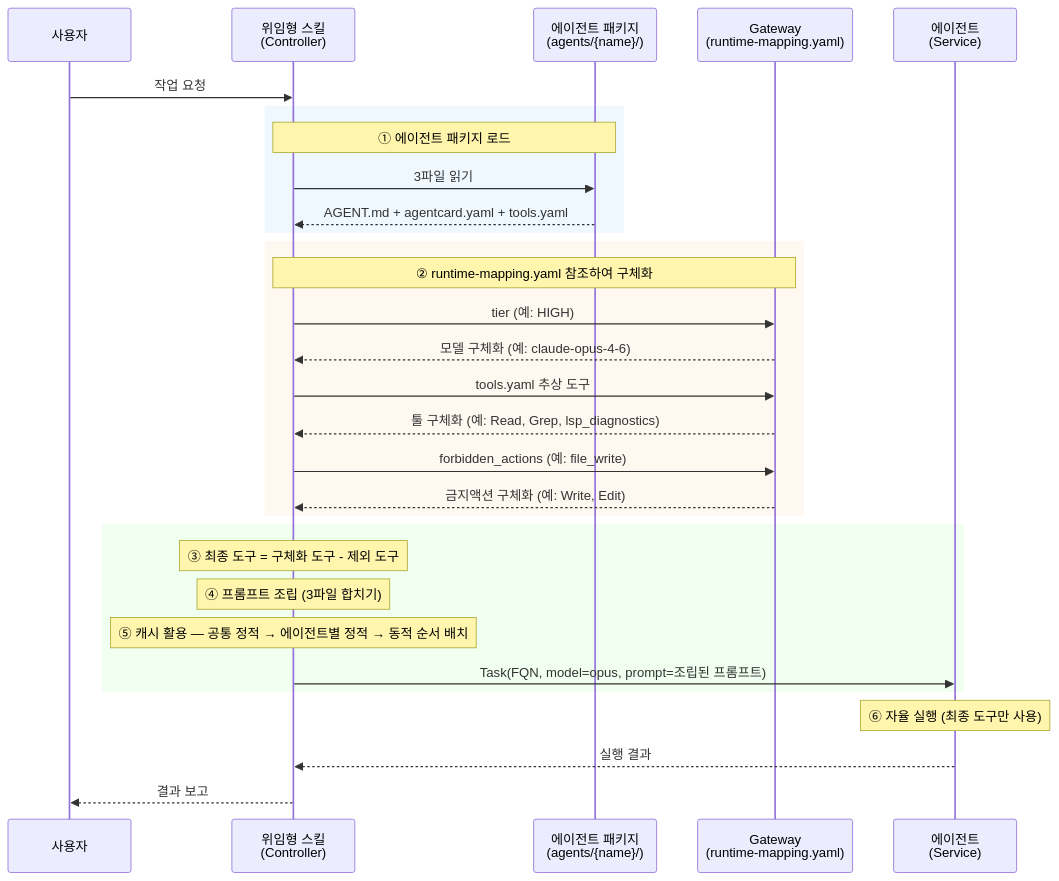
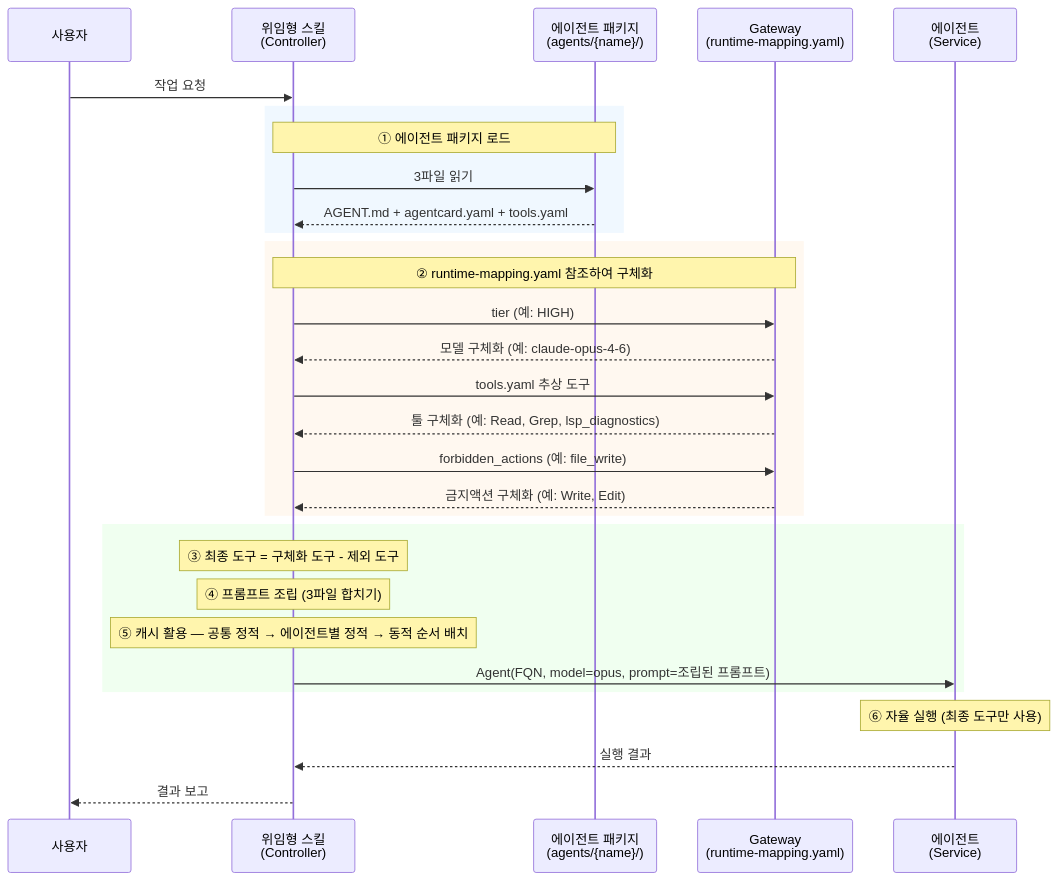
One commit to unicorn-plugins/dmap changed the diagram in standards/plugin-standard.md. Above: the diagram before and after it, drawn with Mermaid. The commit also changed 10 other files, not shown here.

````diff
--- a/standards/plugin-standard.md
+++ b/standards/plugin-standard.md
@@ -129,37 +129,37 @@
 ```mermaid
 sequenceDiagram
     participant U as 사용자
     participant S as 위임형 스킬<br/>(Controller)
     participant AP as 에이전트 패키지<br/>(agents/{name}/)
     participant GW as Gateway<br/>(runtime-mapping.yaml)
     participant A as 에이전트<br/>(Service)
 
     U->>S: 작업 요청
 
     rect rgb(240, 248, 255)
     Note over S,AP: ① 에이전트 패키지 로드
     S->>AP: 3파일 읽기
     AP-->>S: AGENT.md + agentcard.yaml + tools.yaml
     end
 
     rect rgb(255, 248, 240)
     Note over S,GW: ② runtime-mapping.yaml 참조하여 구체화
     S->>GW: tier (예: HIGH)
     GW-->>S: 모델 구체화 (예: claude-opus-4-6)
     S->>GW: tools.yaml 추상 도구
     GW-->>S: 툴 구체화 (예: Read, Grep, lsp_diagnostics)
     S->>GW: forbidden_actions (예: file_write)
     GW-->>S: 금지액션 구체화 (예: Write, Edit)
     end
 
     rect rgb(240, 255, 240)
     Note over S: ③ 최종 도구 = 구체화 도구 - 제외 도구
     Note over S: ④ 프롬프트 조립 (3파일 합치기)
     Note over S: ⑤ 캐시 활용 — 공통 정적 → 에이전트별 정적 → 동적 순서 배치
-    S->>A: Task(FQN, model=opus, prompt=조립된 프롬프트)
+    S->>A: Agent(FQN, model=opus, prompt=조립된 프롬프트)
     end
 
     Note over A: ⑥ 자율 실행 (최종 도구만 사용)
     A-->>S: 실행 결과
     S-->>U: 결과 보고
 ```
````
